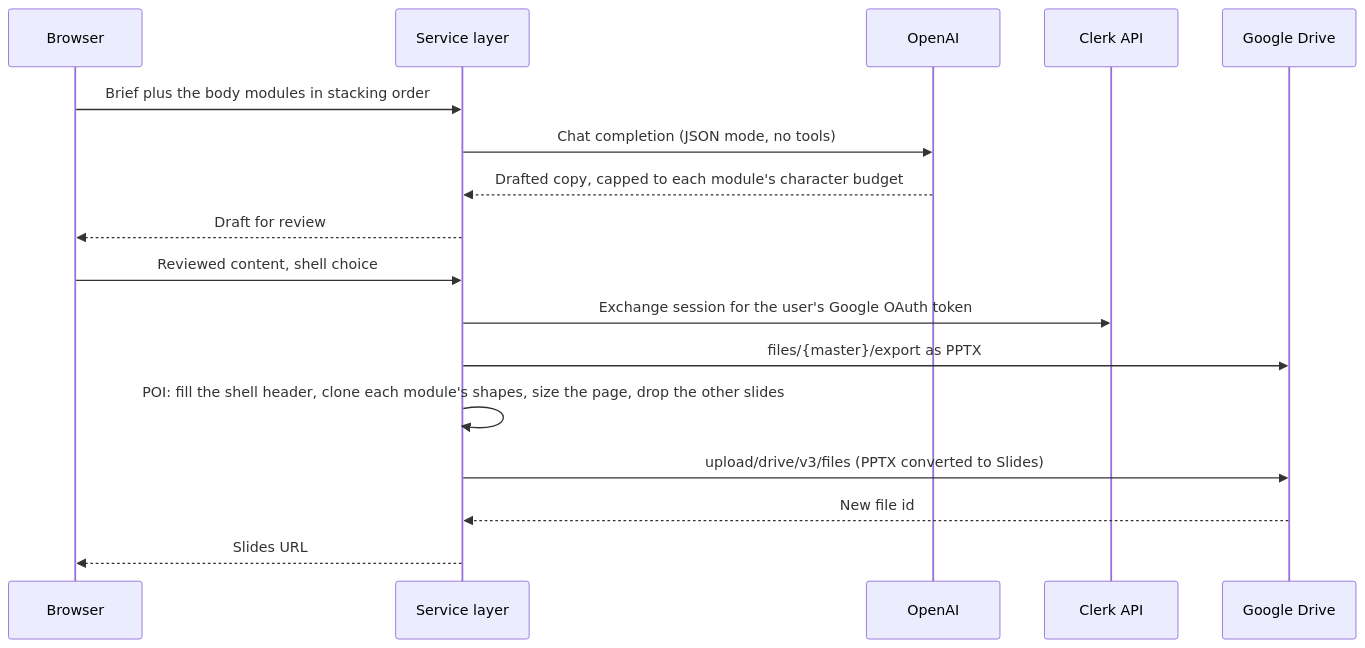
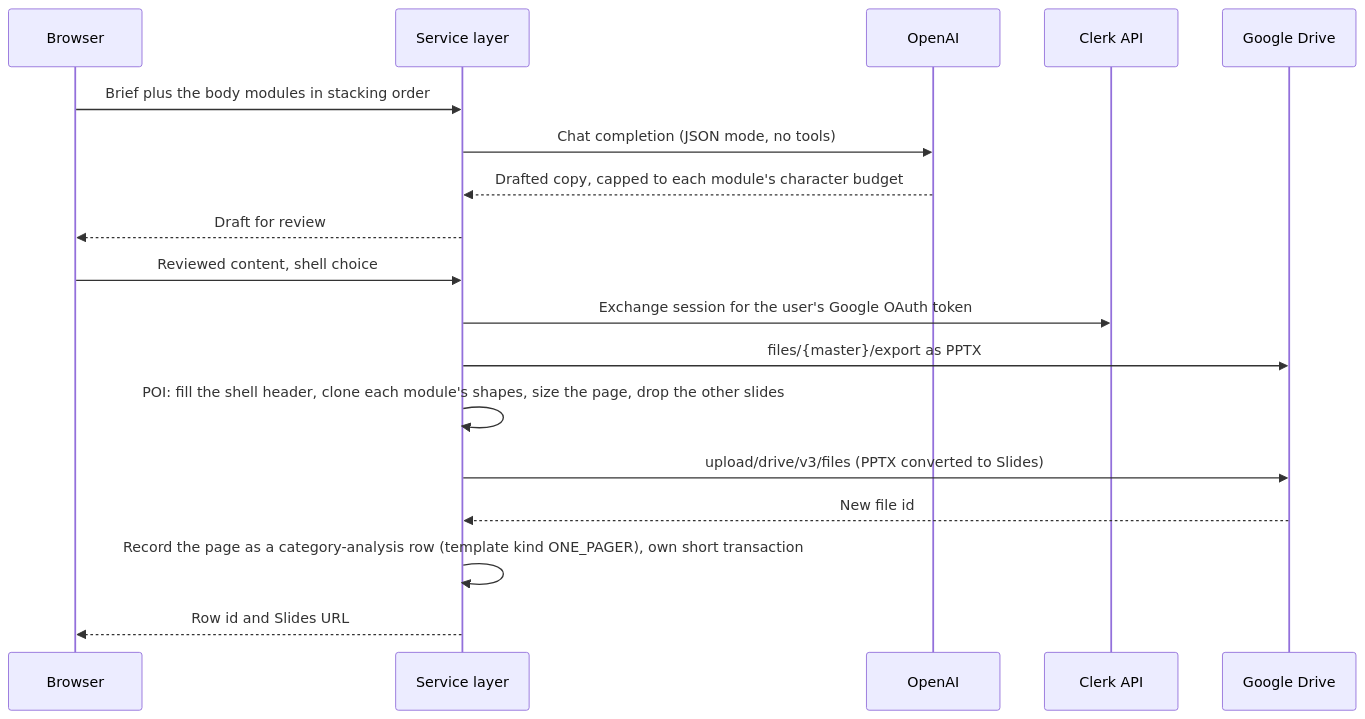
The fourth of 4 diagrams in docs/architecture-overview.md (AiDigital-com/AIAE-slide-deck-creation), drawn with Mermaid before and after one commit. The commit also changed other lines of this file and 2 other files, not shown here.

````diff
--- a/docs/architecture-overview.md
+++ b/docs/architecture-overview.md
@@ -182,19 +229,20 @@
 ```mermaid
 sequenceDiagram
     participant B as Browser
     participant S as Service layer
     participant O as OpenAI
     participant CK as Clerk API
     participant D as Google Drive
     B->>S: Brief plus the body modules in stacking order
     S->>O: Chat completion (JSON mode, no tools)
     O-->>S: Drafted copy, capped to each module's character budget
     S-->>B: Draft for review
     B->>S: Reviewed content, shell choice
     S->>CK: Exchange session for the user's Google OAuth token
     S->>D: files/{master}/export as PPTX
     S->>S: POI: fill the shell header, clone each module's shapes, size the page, drop the other slides
     S->>D: upload/drive/v3/files (PPTX converted to Slides)
     D-->>S: New file id
-    S-->>B: Slides URL
+    S->>S: Record the page as a category-analysis row (template kind ONE_PAGER), own short transaction
+    S-->>B: Row id and Slides URL
 ```
````
